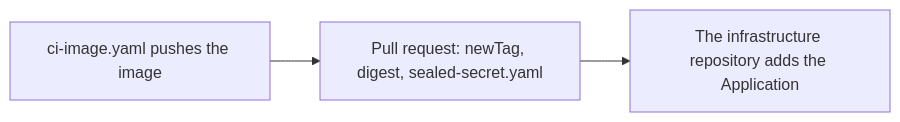
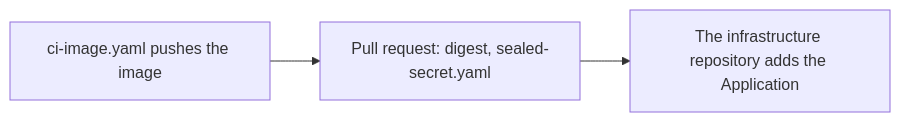
The second of 2 diagrams in README.md (sumiredc/barpay), drawn with Mermaid before and after one commit. The commit also changed other lines of this file and 3 other files, not shown here.

First line of the commit message:
Pin the demo image by its digest alone

````diff
--- a/README.md
+++ b/README.md
@@ -412,4 +412,4 @@
 ```mermaid
 flowchart LR
-  A[ci-image.yaml pushes the image] --> B[Pull request: newTag, digest, sealed-secret.yaml] --> C[The infrastructure repository adds the Application]
+  A[ci-image.yaml pushes the image] --> B[Pull request: digest, sealed-secret.yaml] --> C[The infrastructure repository adds the Application]
 ```
````
